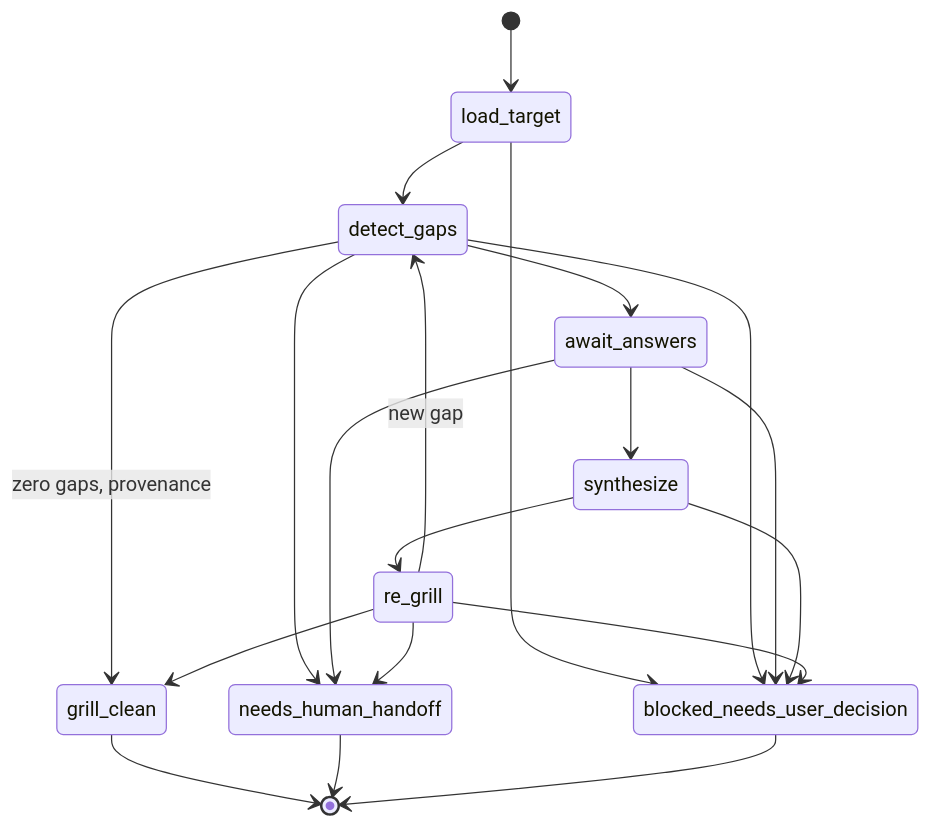
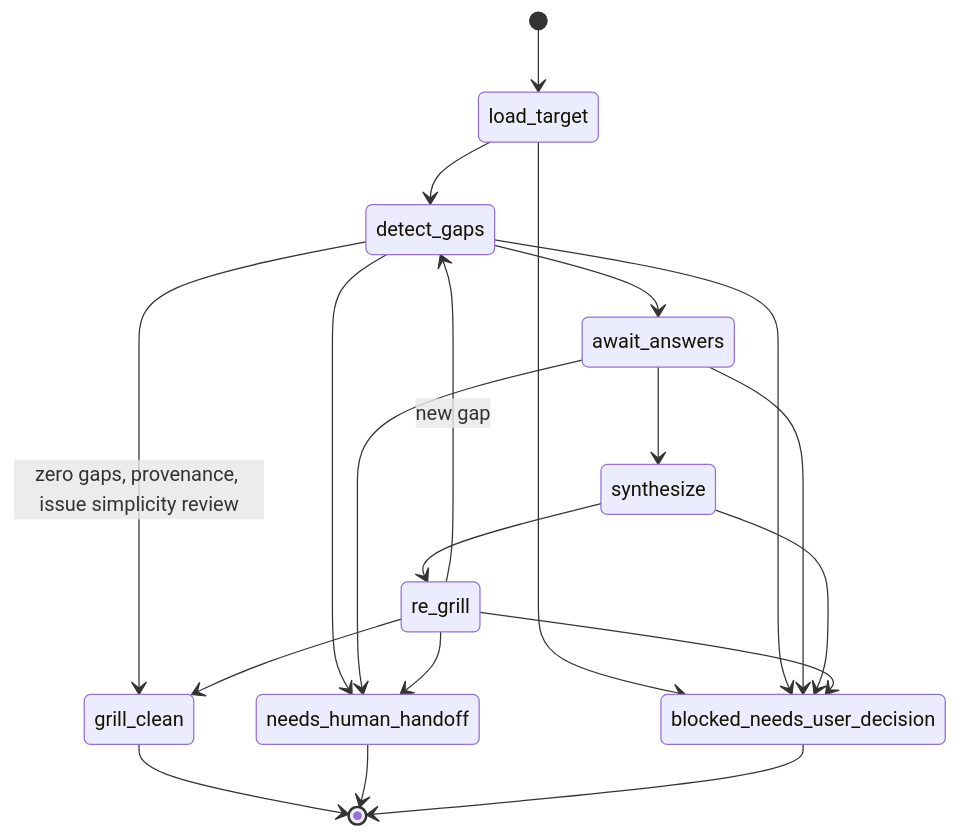
Diagram 17 of 18 in docs/atlas/03-state-machines.md (mfittko/dev-loops), drawn with Mermaid before and after one commit. The commit also changed other lines of this file, not shown here.

````diff
--- a/docs/atlas/03-state-machines.md
+++ b/docs/atlas/03-state-machines.md
@@ -546,22 +547,22 @@
 ```mermaid
 stateDiagram-v2
   [*] --> load_target
   load_target --> detect_gaps
   detect_gaps --> await_answers
-  detect_gaps --> grill_clean: zero gaps, provenance
+  detect_gaps --> grill_clean: zero gaps, provenance, issue simplicity review
   detect_gaps --> needs_human_handoff
   await_answers --> synthesize
   await_answers --> needs_human_handoff
   synthesize --> re_grill
   re_grill --> detect_gaps: new gap
   re_grill --> grill_clean
   re_grill --> needs_human_handoff
   load_target --> blocked_needs_user_decision
   detect_gaps --> blocked_needs_user_decision
   await_answers --> blocked_needs_user_decision
   synthesize --> blocked_needs_user_decision
   re_grill --> blocked_needs_user_decision
   grill_clean --> [*]
   needs_human_handoff --> [*]
   blocked_needs_user_decision --> [*]
 ```
````
